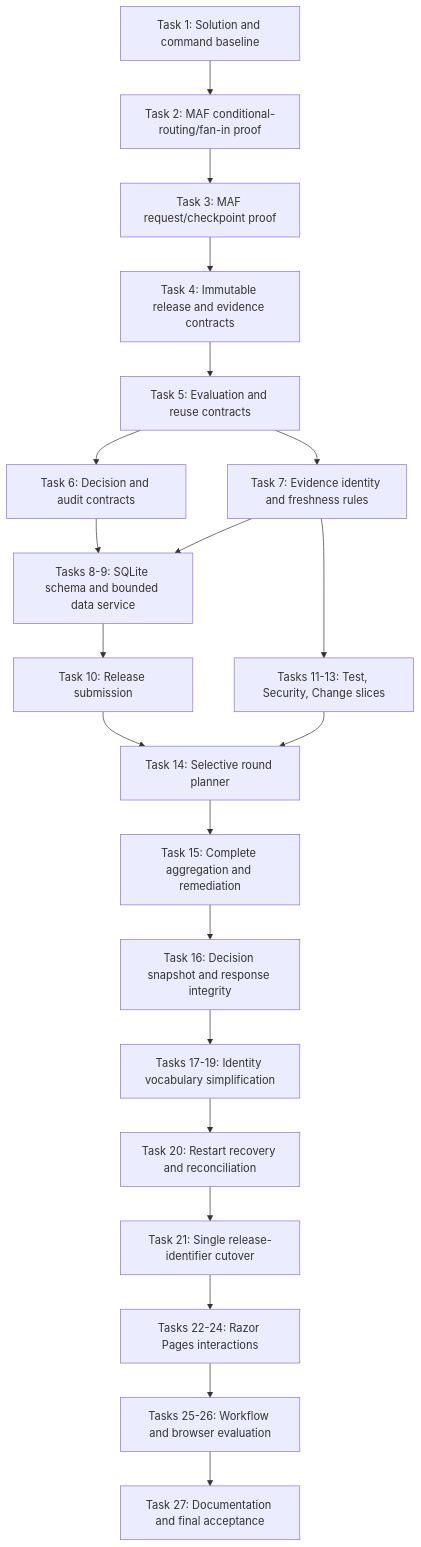
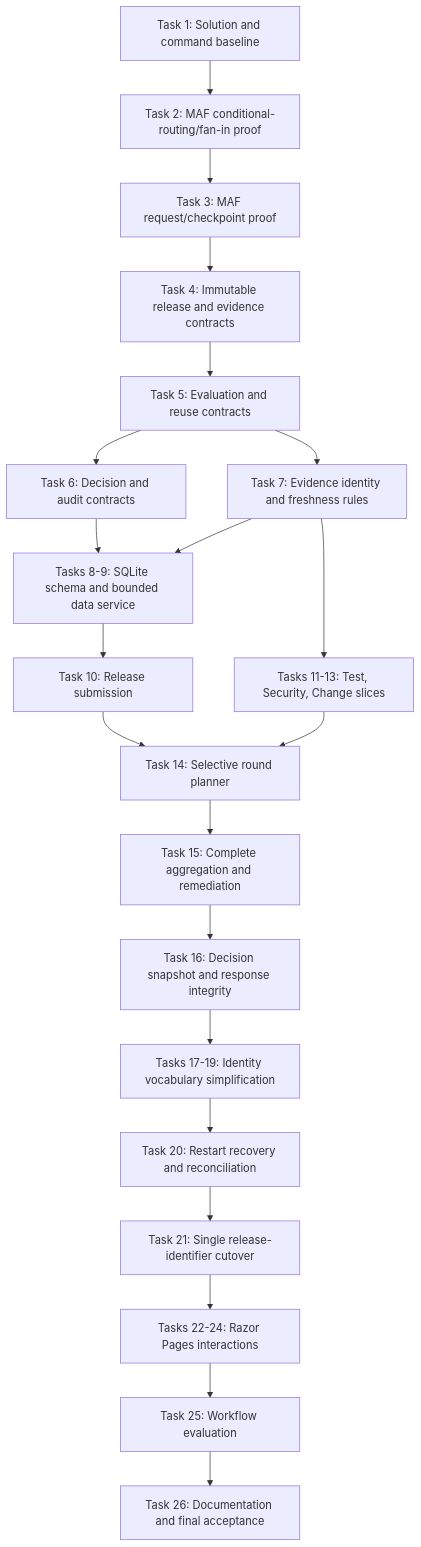
Before and after one commit to mariusz-kacz/release-readiness-coordinator: the diagram in tasks/plan.md, drawn with Mermaid. The commit also changed other lines of this file and 47 other files, not shown here.

````diff
--- a/tasks/plan.md
+++ b/tasks/plan.md
@@ -44,23 +44,23 @@
 ```mermaid
 flowchart TD
     T1[Task 1: Solution and command baseline] --> T2[Task 2: MAF conditional-routing/fan-in proof]
     T2 --> T3[Task 3: MAF request/checkpoint proof]
     T3 --> T4[Task 4: Immutable release and evidence contracts]
     T4 --> T5[Task 5: Evaluation and reuse contracts]
     T5 --> T6[Task 6: Decision and audit contracts]
     T5 --> T7[Task 7: Evidence identity and freshness rules]
     T6 --> T8_9[Tasks 8-9: SQLite schema and bounded data service]
     T7 --> T8_9
     T8_9 --> T10[Task 10: Release submission]
     T7 --> T11_13[Tasks 11-13: Test, Security, Change slices]
     T10 --> T14[Task 14: Selective round planner]
     T11_13 --> T14
     T14 --> T15[Task 15: Complete aggregation and remediation]
     T15 --> T16[Task 16: Decision snapshot and response integrity]
     T16 --> T17_19[Tasks 17-19: Identity vocabulary simplification]
     T17_19 --> T20[Task 20: Restart recovery and reconciliation]
     T20 --> T21[Task 21: Single release-identifier cutover]
     T21 --> T22_24[Tasks 22-24: Razor Pages interactions]
-    T22_24 --> T25_26[Tasks 25-26: Workflow and browser evaluation]
-    T25_26 --> T27[Task 27: Documentation and final acceptance]
+    T22_24 --> T25[Task 25: Workflow evaluation]
+    T25 --> T26[Task 26: Documentation and final acceptance]
 ```
````
